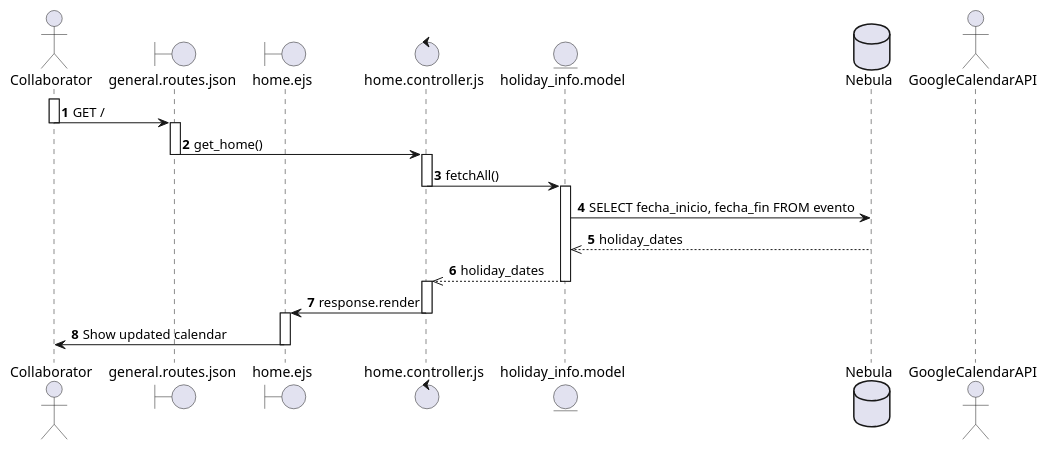
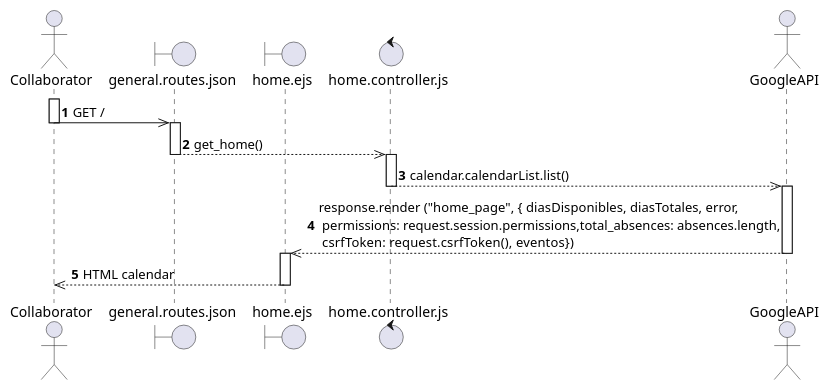
One commit to SALV19/Nebula_tc2005b changed the diagram in diagramas_secuencia/req_7.puml. Above: the diagram before and after it, drawn with PlantUML. The commit also changed 1 other file, not shown here.

Commit message:
[FIX] diagram

```diff
--- a/diagramas_secuencia/req_7.puml
+++ b/diagramas_secuencia/req_7.puml
@@ -1,39 +1,30 @@
 @startuml REQ_7
 autonumber
 actor Collaborator as C 
 boundary general.routes.json as Route
 boundary home.ejs as home
 control home.controller.js as HController
-entity holiday_info.model as HModel
-database Nebula as db
-actor GoogleCalendarAPI as GoogleAPI
+actor GoogleAPI as GoogleApi
 
-' --- Consultar días feriados desde la BD ---
+
 activate C
-C -> Route : GET /
+C ->> Route : GET /
 deactivate C 
 
 activate Route
-Route -> HController : get_home()
+Route -->> HController : get_home()
 deactivate Route
 
 activate HController
-HController -> HModel : fetchAll()
+HController -->> GoogleApi : calendar.calendarList.list()
 deactivate HController
 
-activate HModel 
-HModel -> db : SELECT fecha_inicio, fecha_fin FROM evento
-db -->> HModel : holiday_dates
-HModel -->> HController : holiday_dates
-deactivate HModel
+activate GoogleApi
+GoogleApi -->> home : response.render ("home_page", { diasDisponibles, diasTotales, error,\n permissions: request.session.permissions,total_absences: absences.length,\n csrfToken: request.csrfToken(),  eventos})
+deactivate GoogleApi
 
-activate HController
-HController -> home : response.render
-deactivate HController
-
-' --- Mostrar datos en Google Calendar (Frontend) ---
 activate home
-home -> C : Show updated calendar
+home -->> C : HTML calendar
 deactivate home
 
 @enduml
```
